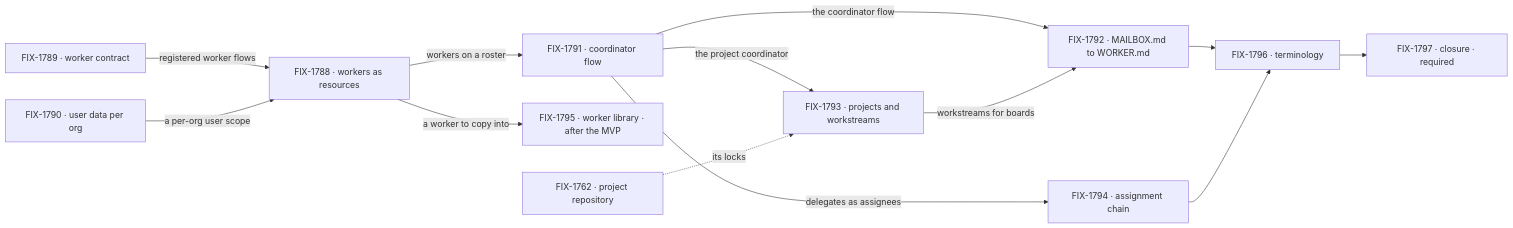
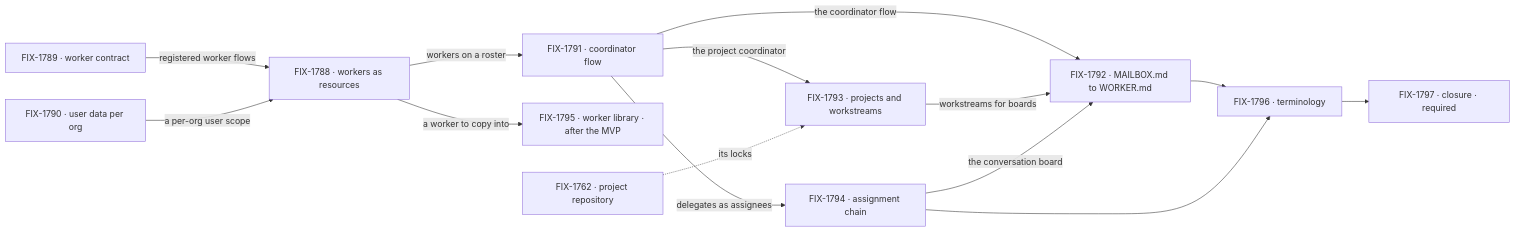
One commit to fixpoint-labs/flow-state-dev changed the second of 2 diagrams in specs/epics/FIX-1786/SPEC.md. Above: the diagram before and after it, drawn with Mermaid. The commit also changed 1 other file, not shown here.

Commit message:
spec(epic): FIX-1794's conversation board comes before FIX-1792's conversion (FIX-1786)
D6 gives every board in the chain one shape, so FIX-1792 moves each
session board onto FIX-1794's conversation board. The graph gains that
edge, and PLAN's rows and step 4 put FIX-1794 before FIX-1792. The path
figure already draws FIX-1792's build after FIX-1794's; the critical
path does not move.

Claude-Session: https://claude.ai/code/session_01XMg2dz8sMEdyzCQTRsaMTV

````diff
--- a/specs/epics/FIX-1786/SPEC.md
+++ b/specs/epics/FIX-1786/SPEC.md
@@ -108,15 +108,16 @@
 ```mermaid
 flowchart LR
   C["FIX-1789 · worker contract"] -->|"registered worker flows"| W["FIX-1788 · workers as resources"]
   O["FIX-1790 · user data per org"] -->|"a per-org user scope"| W
   W -->|"workers on a roster"| K["FIX-1791 · coordinator flow"]
   W -->|"a worker to copy into"| L["FIX-1795 · worker library · after the MVP"]
   K -->|"the project coordinator"| P["FIX-1793 · projects and workstreams"]
   K -->|"delegates as assignees"| H["FIX-1794 · assignment chain"]
   K -->|"the coordinator flow"| M["FIX-1792 · MAILBOX.md to WORKER.md"]
   P -->|"workstreams for boards"| M
+  H -->|"the conversation board"| M
   M --> T["FIX-1796 · terminology"]
   H --> T
   T --> Z["FIX-1797 · closure · required"]
   X["FIX-1762 · project repository"] -.->|"its locks"| P
 ```
````
